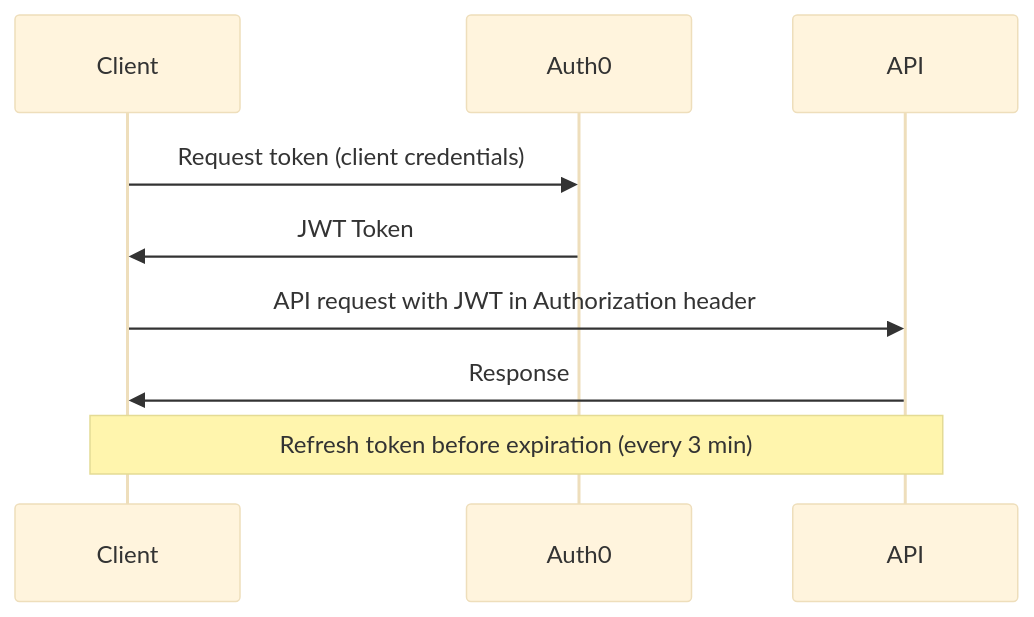
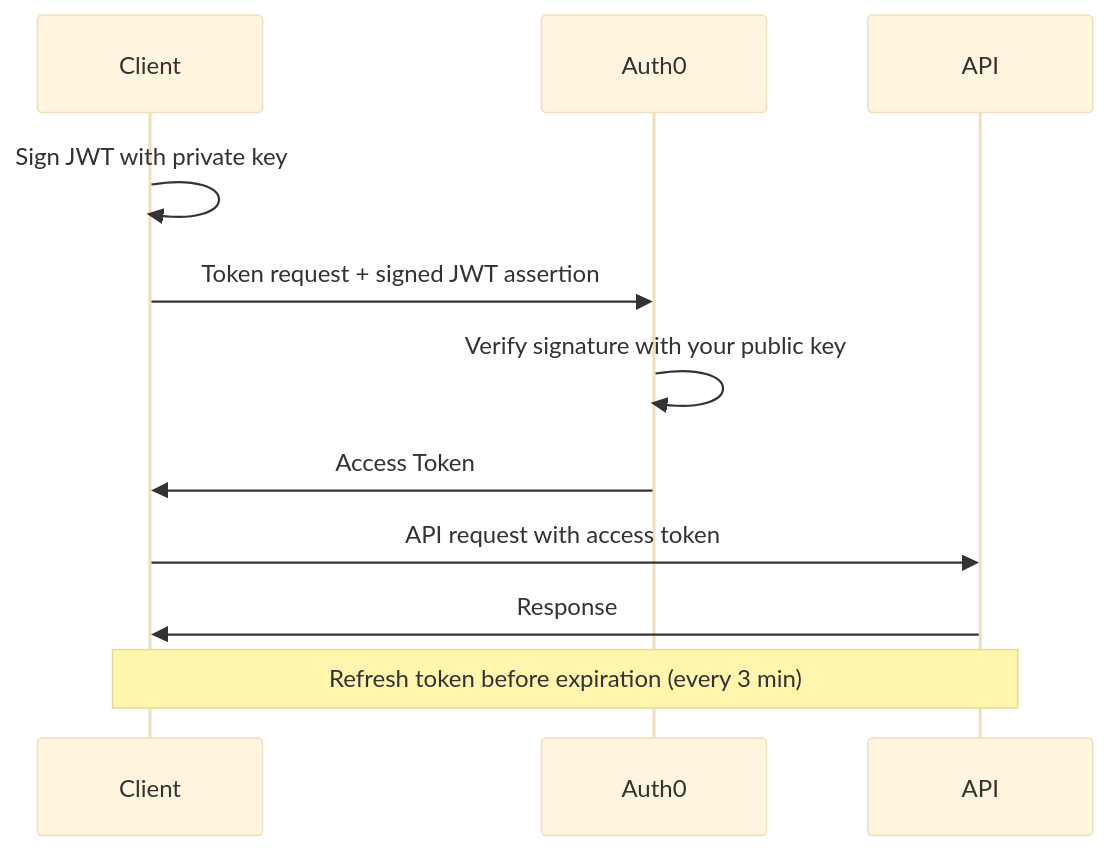
Before and after one commit to chrisr-a11y/docs: the diagram in streaming-endpoints/authentication.mdx, drawn with Mermaid (base theme). The commit also changed other lines of this file and 1 other file, not shown here.

First line of the commit message:
docs: Update authentication to private_key_jwt

````diff
--- a/streaming-endpoints/authentication.mdx
+++ b/streaming-endpoints/authentication.mdx
@@ -19,12 +19,14 @@
 ```mermaid
 sequenceDiagram
     participant Client
     participant Auth0
     participant API
 
-    Client->>Auth0: Request token (client credentials)
-    Auth0->>Client: JWT Token
-    Client->>API: API request with JWT in Authorization header
+    Client->>Client: Sign JWT with private key
+    Client->>Auth0: Token request + signed JWT assertion
+    Auth0->>Auth0: Verify signature with your public key
+    Auth0->>Client: Access Token
+    Client->>API: API request with access token
     API->>Client: Response
     Note over Client,API: Refresh token before expiration (every 3 min)
 ```
````
